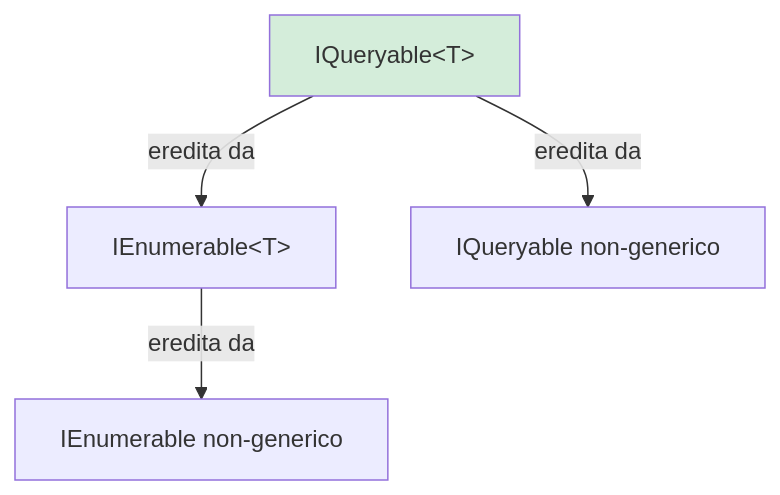
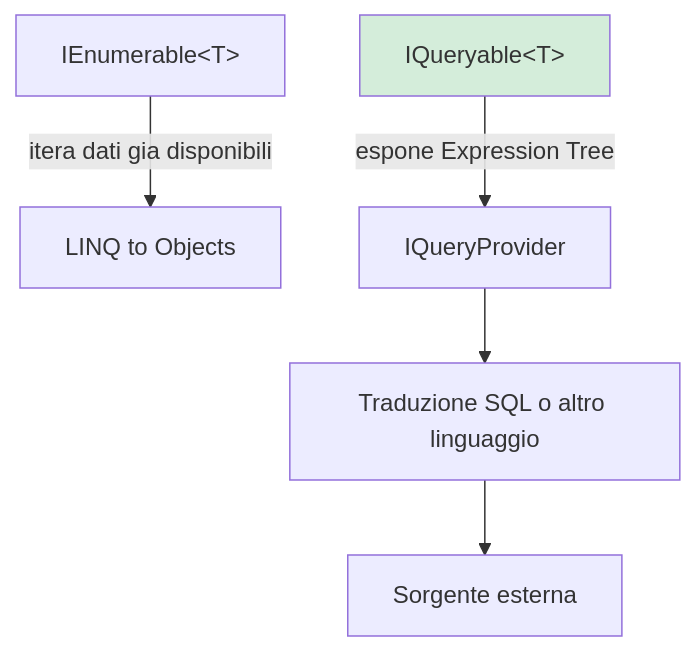
Before and after one commit to DennisTurco/AppuntiFacili: the first of 5 diagrams in src/content/informatica/csharp/ienumerable-vs-iqueryable.mdx, drawn with Mermaid. The commit also changed other lines of this file and 10 other files, not shown here.

````diff
--- a/src/content/informatica/csharp/ienumerable-vs-iqueryable.mdx
+++ b/src/content/informatica/csharp/ienumerable-vs-iqueryable.mdx
@@ -18,7 +23,8 @@
 ```mermaid
 graph TD
-    A[IEnumerable&lt;T&gt;] -->|eredita da| B[IEnumerable non-generico]
-    C[IQueryable&lt;T&gt;] -->|eredita da| A
-    C -->|eredita da| D[IQueryable non-generico]
+    A[IEnumerable&lt;T&gt;] -->|itera dati gia disponibili| B[LINQ to Objects]
+    C[IQueryable&lt;T&gt;] -->|espone Expression Tree| D[IQueryProvider]
+    D --> E[Traduzione SQL o altro linguaggio]
+    E --> F[Sorgente esterna]
     style C fill:#d4edda
 ```
````
